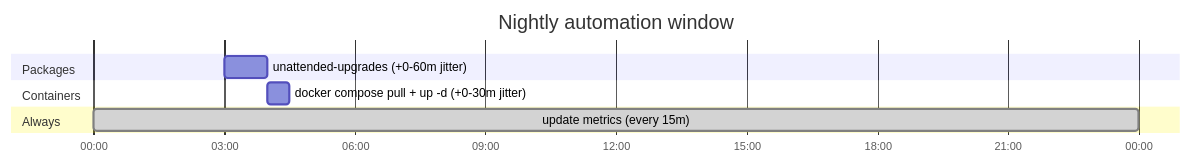
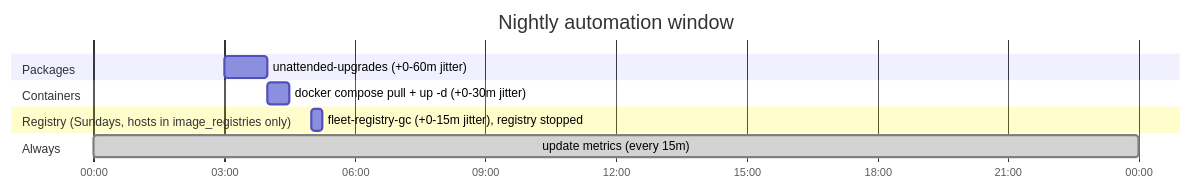
Before and after one commit to HarshitRuwali/homelab-infra: the diagram in ansible/docs/fleet/schedules.md, drawn with Mermaid. The commit also changed other lines of this file and 37 other files, not shown here.

First line of the commit message:
feat(ansible): tailscale_node and image_registry roles (tailnet-only Matrix and the Iris image registry), drafts (#10)

````diff
--- a/ansible/docs/fleet/schedules.md
+++ b/ansible/docs/fleet/schedules.md
@@ -7,12 +7,14 @@
 ```mermaid
 gantt
     dateFormat HH:mm
     axisFormat %H:%M
     title Nightly automation window
     section Packages
     unattended-upgrades (+0-60m jitter)  :a1, 03:00, 60m
     section Containers
     docker compose pull + up -d (+0-30m jitter) :a2, 04:00, 30m
+    section Registry (Sundays, hosts in image_registries only)
+    fleet-registry-gc (+0-15m jitter), registry stopped :a3, 05:00, 15m
     section Always
     update metrics (every 15m)  :done, 00:00, 1440m
 ```
````
